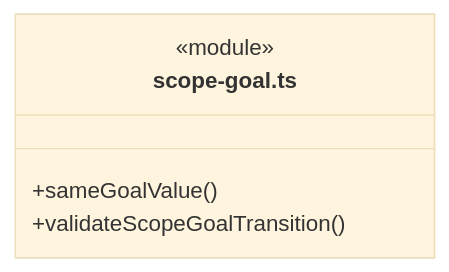
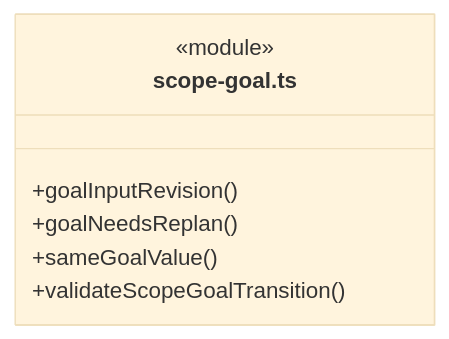
One commit to nan023062/cbim changed diagram 28 of 46 in src/backend/core/tasks/ARCHITECTURE.md. Above: the diagram before and after it, drawn with Mermaid (base theme). The commit also changed other lines of this file and 60 other files, not shown here.

````diff
--- a/src/backend/core/tasks/ARCHITECTURE.md
+++ b/src/backend/core/tasks/ARCHITECTURE.md
@@ -708,8 +752,10 @@
 ```mermaid
 classDiagram
 class N_src_backend_core_tasks_scope_goal_ts["scope-goal.ts"] {
   <<module>>
+  +goalInputRevision()
+  +goalNeedsReplan()
   +sameGoalValue()
   +validateScopeGoalTransition()
 }
 ```
````
